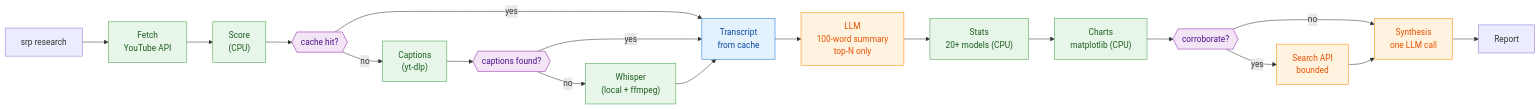
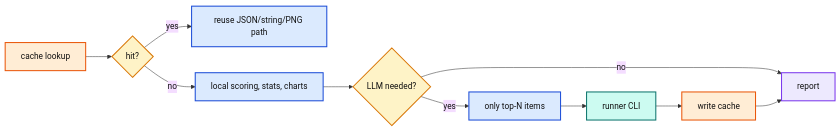
One commit to reshinto/social-research-probe changed the diagram in docs/diagrams/src/cost_flow.mmd. Above: the diagram before and after it, drawn with Mermaid. The commit also changed 91 other files, not shown here.

Commit message:
docs: comprehensive update to documentation and architecture diagrams

```diff
--- a/docs/diagrams/src/cost_flow.mmd
+++ b/docs/diagrams/src/cost_flow.mmd
@@ -1,27 +1,21 @@
-graph LR
-    Q["srp research"] --> F["Fetch<br/>YouTube API"]
-    F --> S["Score<br/>(CPU)"]
-    S --> C{{"cache hit?"}}
-    C -->|yes| E1["Transcript<br/>from cache"]
-    C -->|no| T["Captions<br/>(yt-dlp)"]
-    T --> TOK{{"captions found?"}}
-    TOK -->|yes| E1
-    TOK -->|no| W["Whisper<br/>(local + ffmpeg)"]
-    W --> E1
-    E1 --> L["LLM<br/>100-word summary<br/>top-N only"]
-    L --> ST["Stats<br/>20+ models (CPU)"]
-    ST --> CH["Charts<br/>matplotlib (CPU)"]
-    CH --> CR{{"corroborate?"}}
-    CR -->|yes| SR["Search API<br/>bounded"]
-    CR -->|no| SY
-    SR --> SY["Synthesis<br/>one LLM call"]
-    SY --> R["Report"]
+%%{init: {"theme":"base","themeVariables":{"background":"#ffffff","mainBkg":"#ffffff","primaryTextColor":"#111111","lineColor":"#333333","fontFamily":"Arial, sans-serif","clusterBkg":"#ffffff","clusterBorder":"#d0d7de"}}}%%
+flowchart LR
+  Cache["cache lookup"] --> Hit{"hit?"}
+  Hit -- yes --> Reuse["reuse JSON/string/PNG path"]
+  Hit -- no --> Cheap["local scoring, stats, charts"]
+  Cheap --> Needed{"LLM needed?"}
+  Needed -- no --> Report["report"]
+  Needed -- yes --> TopN["only top-N items"] --> Runner["runner CLI"] --> Store["write cache"] --> Report
 
-    classDef cpu fill:#e8f5e9,stroke:#43a047,color:#1b5e20;
-    classDef llm fill:#fff3e0,stroke:#fb8c00,color:#e65100;
-    classDef cache fill:#e3f2fd,stroke:#1976d2,color:#0d47a1;
-    classDef decide fill:#f3e5f5,stroke:#8e24aa,color:#4a148c;
-    class F,S,ST,CH,W,T cpu;
-    class L,SR,SY llm;
-    class E1 cache;
-    class C,TOK,CR decide;
+  classDef input fill:#dcfce7,stroke:#15803d,color:#111111,stroke-width:2px;
+  classDef process fill:#dbeafe,stroke:#1d4ed8,color:#111111,stroke-width:2px;
+  classDef analysis fill:#fef3c7,stroke:#d97706,color:#111111,stroke-width:2px;
+  classDef external fill:#ccfbf1,stroke:#0f766e,color:#111111,stroke-width:2px;
+  classDef output fill:#ede9fe,stroke:#7c3aed,color:#111111,stroke-width:2px;
+  classDef config fill:#ffedd5,stroke:#ea580c,color:#111111,stroke-width:2px;
+  classDef risk fill:#fee2e2,stroke:#dc2626,color:#111111,stroke-width:2px;
+  class Cache,Store config;
+  class Hit,Needed analysis;
+  class Reuse,Cheap,TopN process;
+  class Runner external;
+  class Report output;
```
